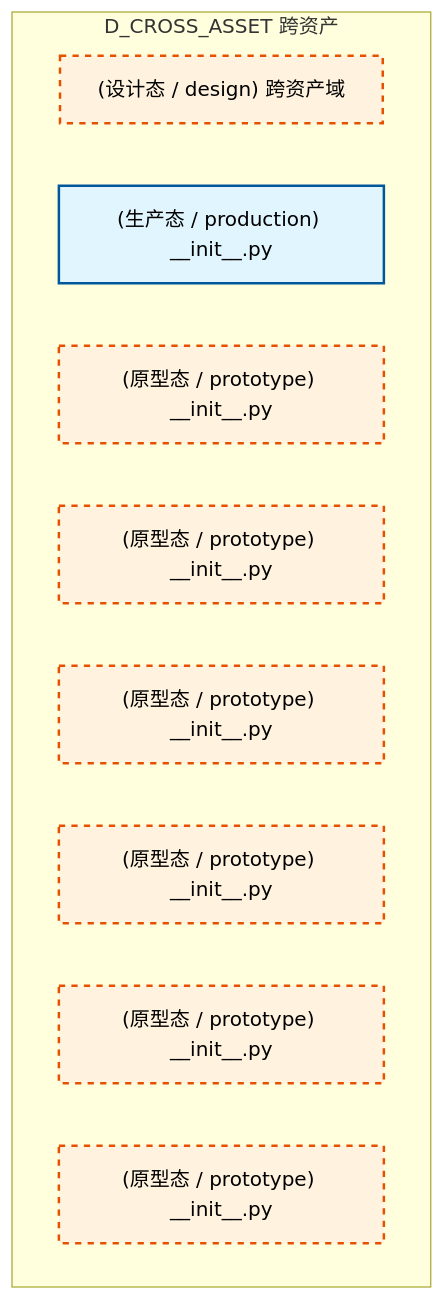
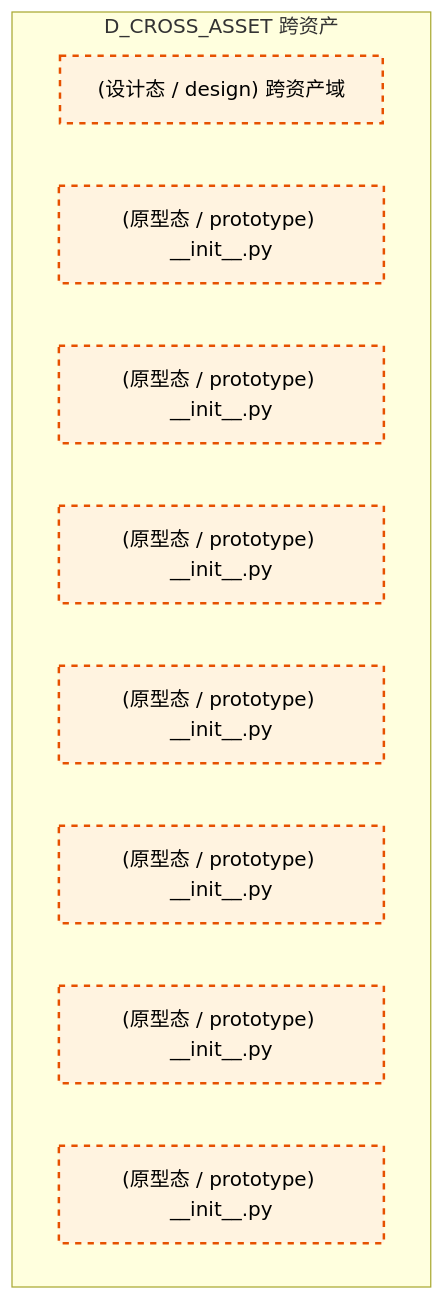
One commit to xuanFelixVan/ZephyrAlpha changed the first of 3 diagrams in docs/02_enterprise_architecture/02_domain_architecture_docs/31_d_cross_asset.md. Above: the diagram before and after it, drawn with Mermaid. The commit also changed other lines of this file and 126 other files, not shown here.

````diff
--- a/docs/02_enterprise_architecture/02_domain_architecture_docs/31_d_cross_asset.md
+++ b/docs/02_enterprise_architecture/02_domain_architecture_docs/31_d_cross_asset.md
@@ -71,19 +71,18 @@
 ```mermaid
 graph TD
     subgraph D_CROSS_ASSET["D_CROSS_ASSET 跨资产"]
         src_zephyr_cross_asset["(设计态 / design) 跨资产域"]
-        src_zephyr_cross_asset_init_py["(生产态 / production) __init__.py"]
+        src_zephyr_cross_asset_init_py["(原型态 / prototype) __init__.py"]
         src_zephyr_cross_asset_extensions_init_py["(原型态 / prototype) __init__.py"]
         src_zephyr_cross_asset_api_init_py["(原型态 / prototype) __init__.py"]
         src_zephyr_cross_asset_core_init_py["(原型态 / prototype) __init__.py"]
         src_zephyr_cross_asset_infrastructure_init_py["(原型态 / prototype) __init__.py"]
         src_zephyr_cross_asset_models_init_py["(原型态 / prototype) __init__.py"]
         src_zephyr_cross_asset_services_init_py["(原型态 / prototype) __init__.py"]
     end
     classDef production fill:#e1f5fe,stroke:#01579b,stroke-width:2px,color:#000
     classDef design fill:#fff3e0,stroke:#e65100,stroke-width:2px,color:#000,stroke-dasharray: 5 5
     classDef external_prod fill:#e8f5e9,stroke:#1b5e20,stroke-width:1px,color:#000
     classDef external_design fill:#fce4ec,stroke:#880e4f,stroke-width:1px,color:#000,stroke-dasharray: 5 5
-    class src_zephyr_cross_asset_init_py production
-    class src_zephyr_cross_asset,src_zephyr_cross_asset_extensions_init_py,src_zephyr_cross_asset_api_init_py,src_zephyr_cross_asset_core_init_py,src_zephyr_cross_asset_infrastructure_init_py,src_zephyr_cross_asset_models_init_py,src_zephyr_cross_asset_services_init_py design
+    class src_zephyr_cross_asset,src_zephyr_cross_asset_init_py,src_zephyr_cross_asset_extensions_init_py,src_zephyr_cross_asset_api_init_py,src_zephyr_cross_asset_core_init_py,src_zephyr_cross_asset_infrastructure_init_py,src_zephyr_cross_asset_models_init_py,src_zephyr_cross_asset_services_init_py design
 ```
````
